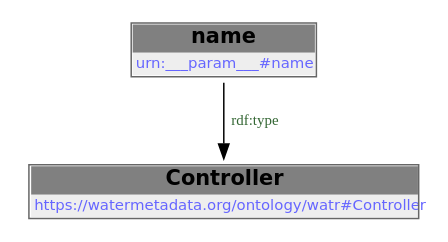
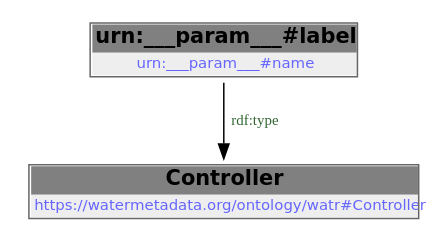
The diagram in docs/libraries/templates/controller.rst (DataDrivenCPS/water-ontology), drawn with Graphviz before and after one commit. The commit also changed other lines of this file and 83 other files, not shown here.

```diff
--- a/docs/libraries/templates/controller.rst
+++ b/docs/libraries/templates/controller.rst
@@ -51,8 +48,10 @@
-        .. graphviz::
+.. graphviz::
 
-                digraph G {
-            node [fontname="DejaVu Sans"];
-            node0 -> node1 [color=BLACK, label=< <font point-size='10' color='#336633'>rdf:type</font> >];
-            node0 [shape=none, color=black, label=< <table color='#666666' cellborder='0' cellspacing='0' border='1'><tr><td colspan='2' bgcolor='grey'><B>name</B></td></tr><tr><td href='urn:___param___#name' bgcolor='#eeeeee' colspan='2'><font point-size='10' color='#6666ff'>urn:___param___#name</font></td></tr></table> >];
-            node1 [shape=none, color=black, label=< <table color='#666666' cellborder='0' cellspacing='0' border='1'><tr><td colspan='2' bgcolor='grey'><B>Controller</B></td></tr><tr><td href='https://watermetadata.org/ontology/watr#Controller' bgcolor='#eeeeee' colspan='2'><font point-size='10' color='#6666ff'>https://watermetadata.org/ontology/watr#Controller</font></td></tr></table> >];
-            }
+    digraph {
+     node [ fontname="DejaVu Sans" ] ;
+        node0 -> node1 [ color=BLACK, label=< <font point-size='10' color='#336633'>rdf:type</font> > ] ;
+    # urn:___param___#name node0
+    node0 [ shape=none, color=black label=< <table color='#666666' cellborder='0' cellspacing='0' border='1'><tr><td colspan='2' bgcolor='grey'><B>urn:___param___#label</B></td></tr><tr><td href='urn:___param___#name' bgcolor='#eeeeee' colspan='2'><font point-size='10' color='#6666ff'>urn:___param___#name</font></td></tr></table> > ]
+    # https://watermetadata.org/ontology/watr#Controller node1
+    node1 [ shape=none, color=black label=< <table color='#666666' cellborder='0' cellspacing='0' border='1'><tr><td colspan='2' bgcolor='grey'><B>Controller</B></td></tr><tr><td href='https://watermetadata.org/ontology/watr#Controller' bgcolor='#eeeeee' colspan='2'><font point-size='10' color='#6666ff'>https://watermetadata.org/ontology/watr#Controller</font></td></tr></table> > ]
+    }
```
